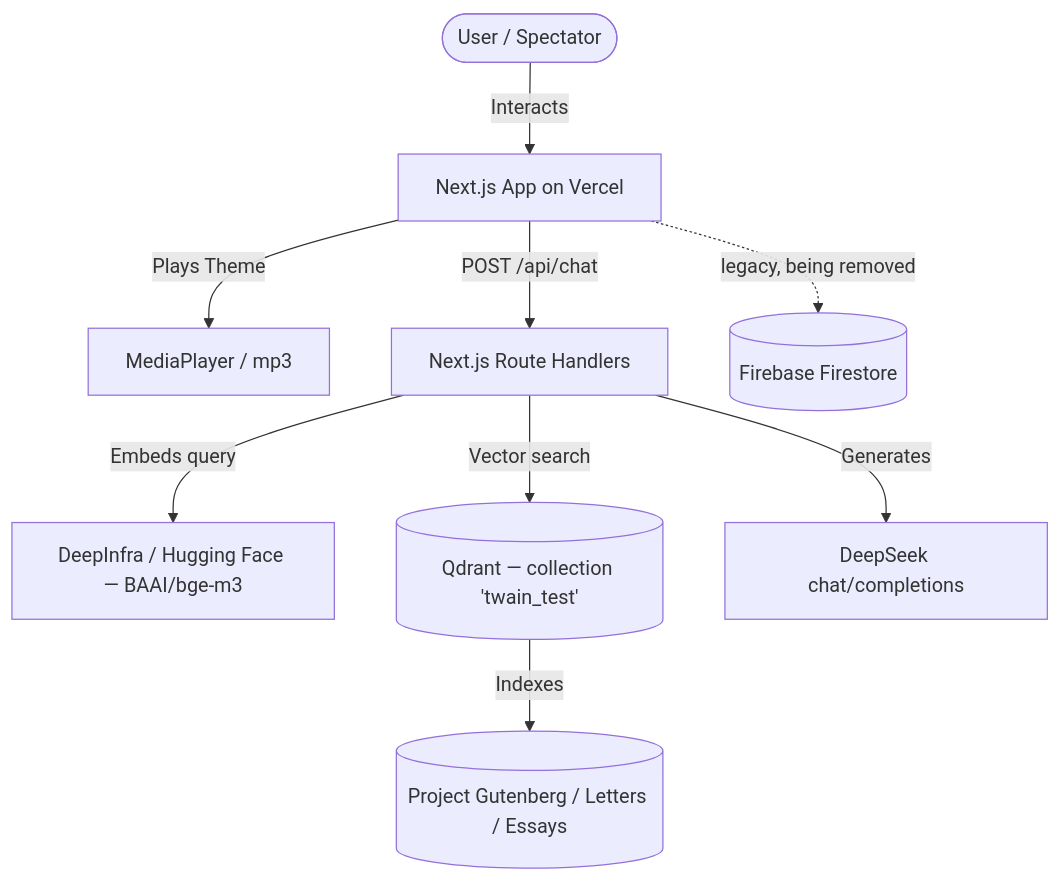
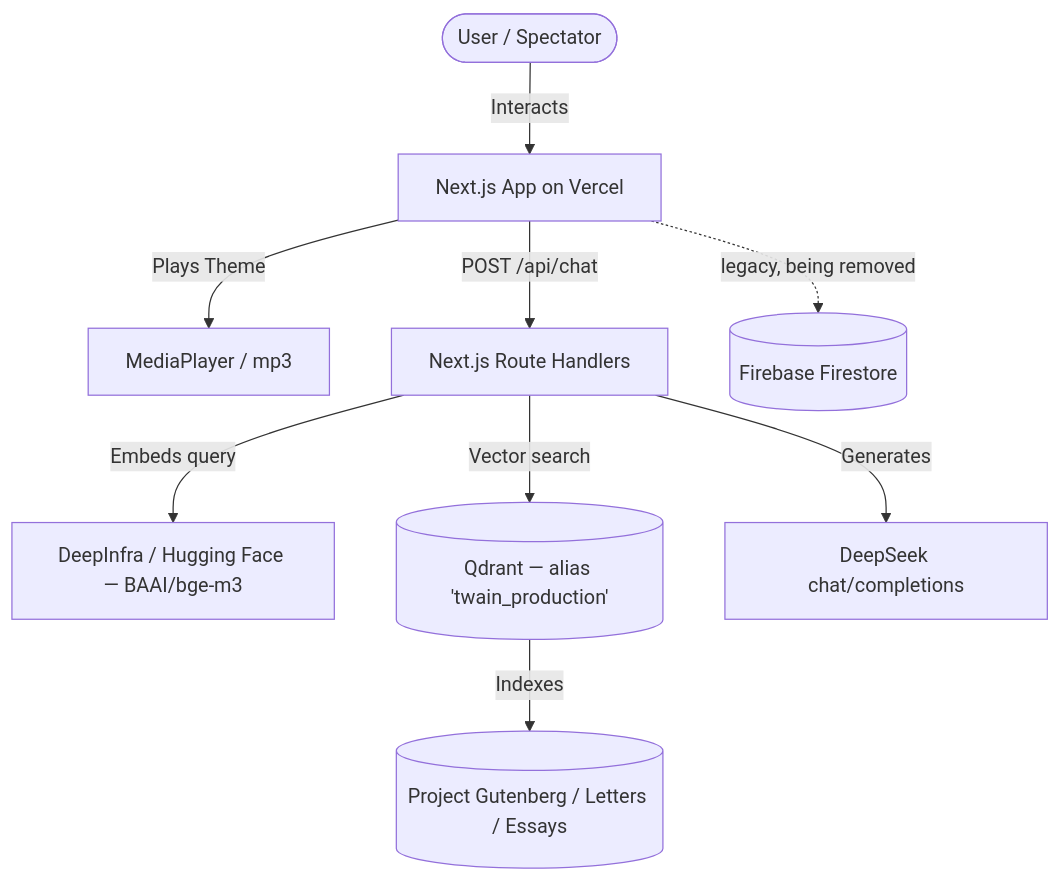
The diagram in ARCHITECTURE.md (otrobonita-studios/mark-twain), drawn with Mermaid before and after one commit. The commit also changed other lines of this file and 8 other files, not shown here.

Commit message:
Use stable Qdrant production alias

````diff
--- a/ARCHITECTURE.md
+++ b/ARCHITECTURE.md
@@ -16,13 +16,13 @@
 ```mermaid
 graph TD
     User([User / Spectator]) -->|Interacts| Web[Next.js App on Vercel]
     Web -->|Plays Theme| MP3[MediaPlayer / mp3]
     Web -->|POST /api/chat| API[Next.js Route Handlers]
 
     API -->|Embeds query| Embed[DeepInfra / Hugging Face — BAAI/bge-m3]
-    API -->|Vector search| RAG[(Qdrant — collection 'twain_test')]
+    API -->|Vector search| RAG[(Qdrant — alias 'twain_production')]
     RAG -->|Indexes| Docs[(Project Gutenberg / Letters / Essays)]
     API -->|Generates| LLM[DeepSeek chat/completions]
 
     Web -.legacy, being removed.-> DB[(Firebase Firestore)]
 ```
````
